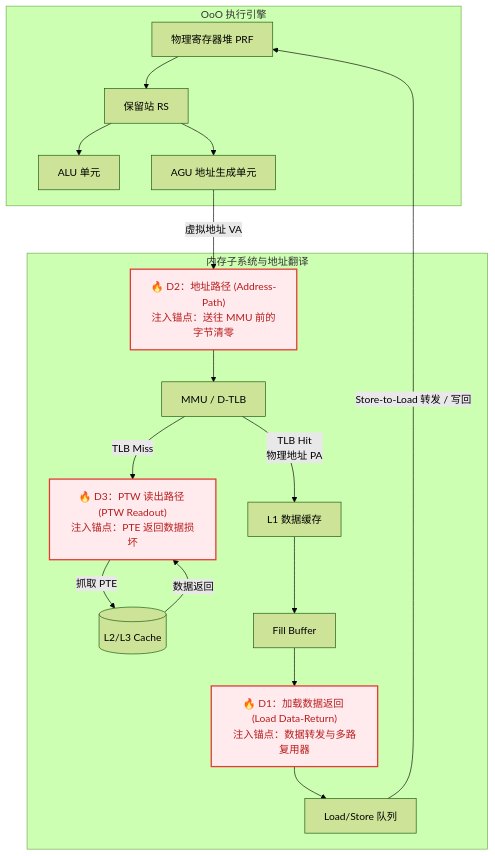
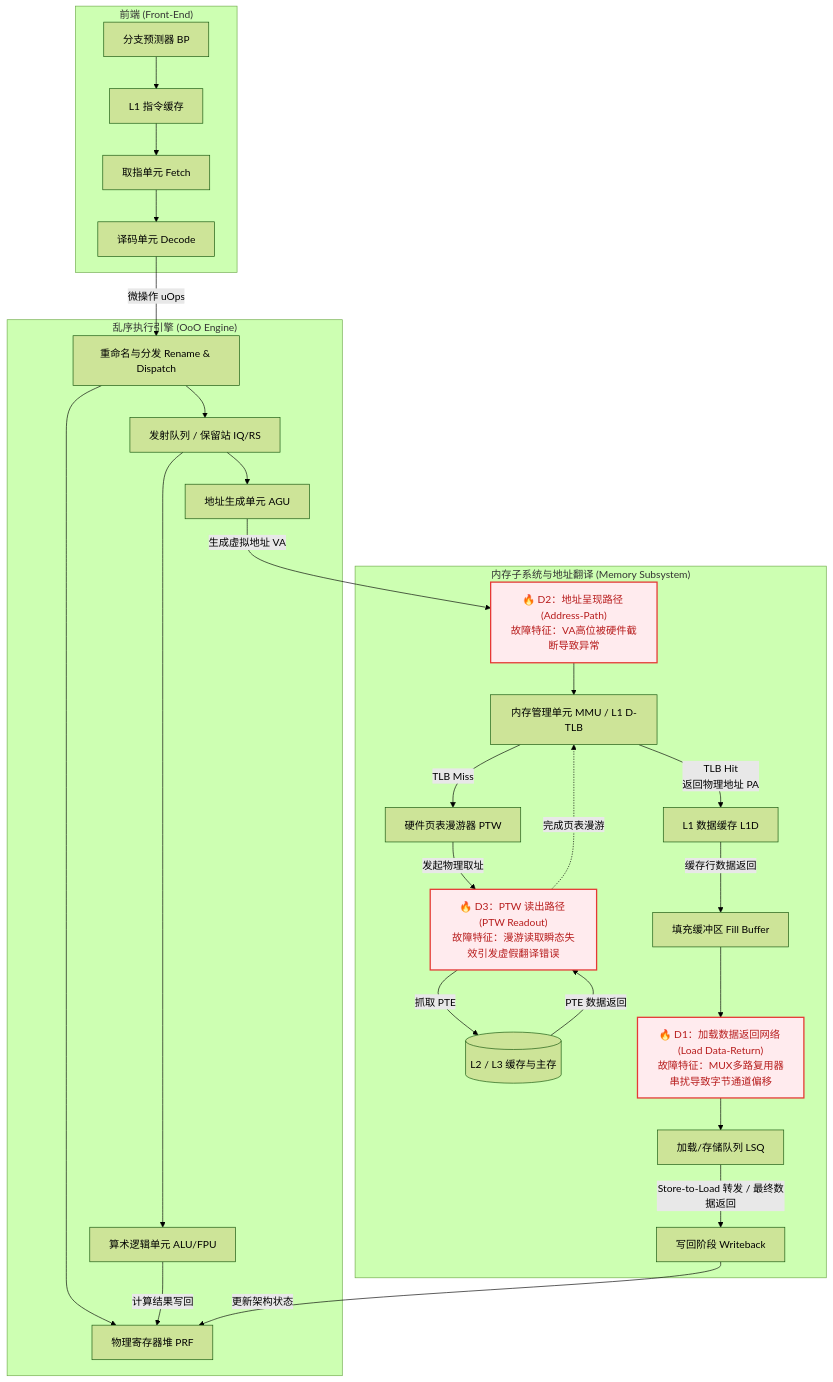
One commit to wangxumarshall/gem5-fi changed the diagram in docs/cases/core179-microarch-rootcause-synthesis/paper_zh.md. Above: the diagram before and after it, drawn with Mermaid (forest theme). The commit also changed other lines of this file, not shown here.

Commit message:
docs: refactor microarchitecture topology diagram in paper_zh.md

````diff
--- a/docs/cases/core179-microarch-rootcause-synthesis/paper_zh.md
+++ b/docs/cases/core179-microarch-rootcause-synthesis/paper_zh.md
@@ -76,29 +76,48 @@
 ```mermaid
 graph TD
-    subgraph "OoO 执行引擎"
-        PRF[物理寄存器堆 PRF] --> IQ[保留站 RS]
-        IQ --> ALU[ALU 单元]
-        IQ --> AGU[AGU 地址生成单元]
+    %% [1] 前端 (Front-End)
+    subgraph "前端 (Front-End)"
+        BP[分支预测器 BP] --> L1I[L1 指令缓存]
+        L1I --> Fetch[取指单元 Fetch]
+        Fetch --> Decode[译码单元 Decode]
     end
 
-    subgraph "内存子系统与地址翻译"
-        AGU -->|虚拟地址 VA| D2["🔥 D2：地址路径 (Address-Path)<br>注入锚点：送往 MMU 前的字节清零"]
+    %% [2] 乱序执行引擎 (OoO Engine)
+    subgraph "乱序执行引擎 (OoO Engine)"
+        Decode -->|微操作 uOps| Rename[重命名与分发 Rename & Dispatch]
+        Rename --> PRF[物理寄存器堆 PRF]
+        Rename --> IQ[发射队列 / 保留站 IQ/RS]
         
-        D2 --> MMU[MMU / D-TLB]
+        IQ --> ALU[算术逻辑单元 ALU/FPU]
+        IQ --> AGU[地址生成单元 AGU]
         
-        MMU -->|TLB Miss| D3["🔥 D3：PTW 读出路径 (PTW Readout)<br>注入锚点：PTE 返回数据损坏"]
-        D3 -->|抓取 PTE| RAM[(L2/L3 Cache)]
-        RAM -->|数据返回| D3
+        ALU -->|计算结果写回| PRF
+    end
+
+    %% [3] 内存子系统与地址翻译 (Memory Subsystem)
+    subgraph "内存子系统与地址翻译 (Memory Subsystem)"
+        AGU -->|生成虚拟地址 VA| D2["🔥 D2：地址呈现路径 (Address-Path)<br>故障特征：VA高位被硬件截断导致异常"]
         
-        MMU -->|TLB Hit<br>物理地址 PA| L1D[L1 数据缓存]
-        L1D --> FB[Fill Buffer]
+        D2 --> MMU[内存管理单元 MMU / L1 D-TLB]
         
-        FB --> D1["🔥 D1：加载数据返回 (Load Data-Return)<br>注入锚点：数据转发与多路复用器"]
-        D1 --> LSQ[Load/Store 队列]
-        LSQ -->|Store-to-Load 转发 / 写回| PRF
+        MMU -->|TLB Miss| PTW[硬件页表漫游器 PTW]
+        PTW -->|发起物理取址| D3["🔥 D3：PTW 读出路径 (PTW Readout)<br>故障特征：漫游读取瞬态失效引发虚假翻译错误"]
+        
+        D3 -->|抓取 PTE| L2L3[(L2 / L3 缓存与主存)]
+        L2L3 -->|PTE 数据返回| D3
+        D3 -.->|完成页表漫游| MMU
+        
+        MMU -->|TLB Hit<br>返回物理地址 PA| L1D[L1 数据缓存 L1D]
+        L1D -->|缓存行数据返回| FB[填充缓冲区 Fill Buffer]
+        
+        FB --> D1["🔥 D1：加载数据返回网络 (Load Data-Return)<br>故障特征：MUX多路复用器串扰导致字节通道偏移"]
+        
+        D1 --> LSQ[加载/存储队列 LSQ]
+        LSQ -->|Store-to-Load 转发 / 最终数据返回| WB[写回阶段 Writeback]
+        WB -->|更新架构状态| PRF
     end
     
     style D1 fill:#ffebee,stroke:#e53935,stroke-width:2px,color:#b71c1c
     style D2 fill:#ffebee,stroke:#e53935,stroke-width:2px,color:#b71c1c
     style D3 fill:#ffebee,stroke:#e53935,stroke-width:2px,color:#b71c1c
 ```
````
